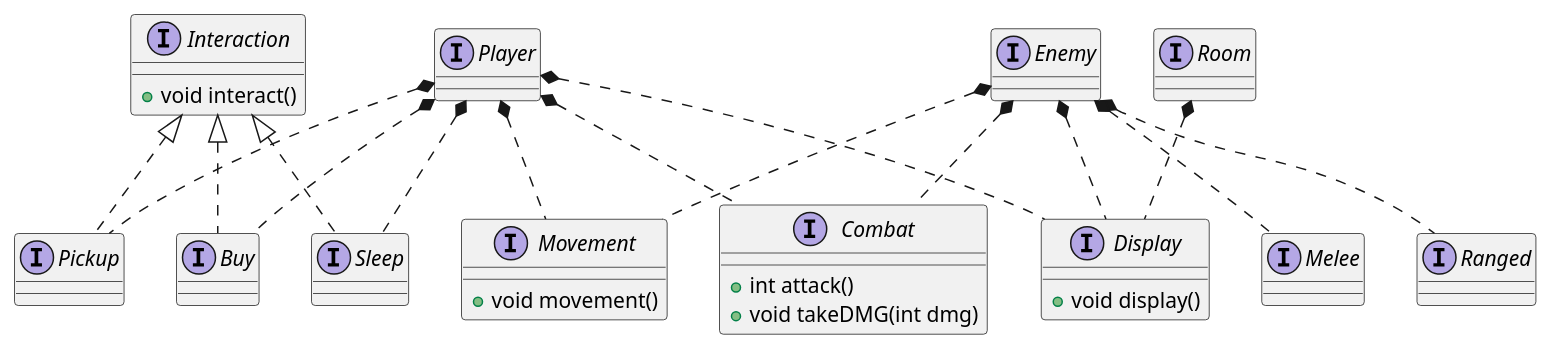
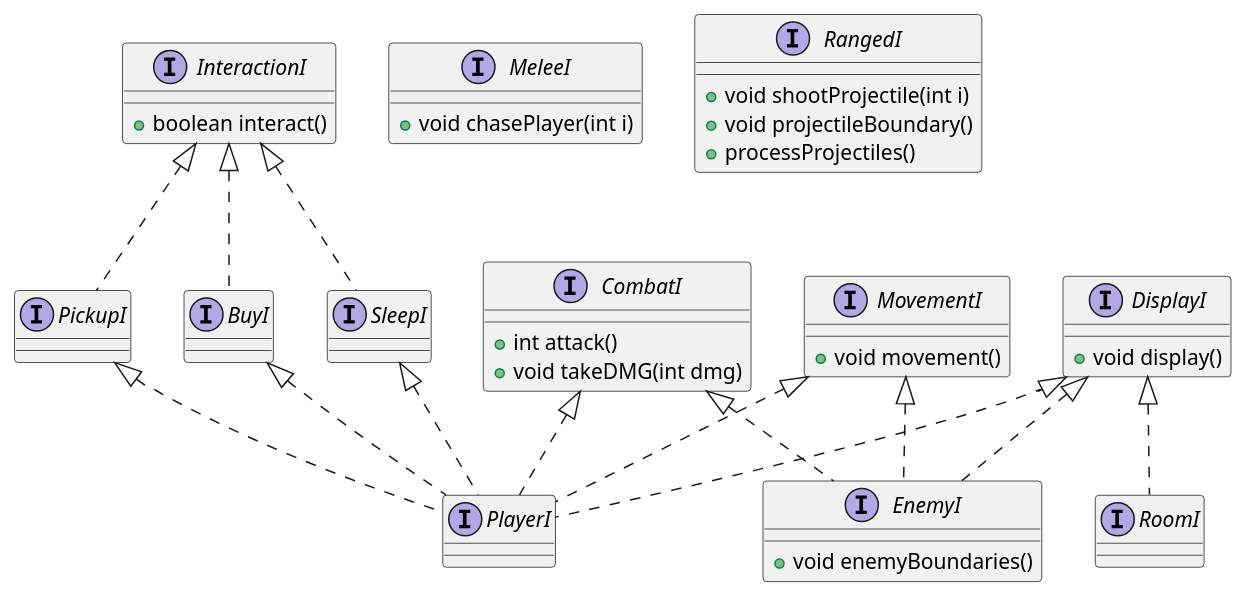
The diagram in SP4/out/production/SP4/Diagrams/Interface Diagram V2.puml (coerth/SP4), drawn with PlantUML before and after one commit. The commit also changed 6 other files, not shown here.

Commit message:
fejl i player projectile

```diff
--- a/SP4/out/production/SP4/Diagrams/Interface Diagram V2.puml
+++ b/SP4/out/production/SP4/Diagrams/Interface Diagram V2.puml
@@ -1,46 +1,54 @@
 @startuml
 'https://plantuml.com/class-diagram
 
-Interface Interaction
-Interface Pickup
-Interface Buy
-Interface Sleep
-Interface Combat
-Interface Movement
-Interface Display
-Interface Player
-Interface Room
-Interface Enemy
-Interface Melee
-Interface Pickup
-Interface Ranged
+Interface InteractionI
+Interface PickupI
+Interface BuyI
+Interface SleepI
+Interface CombatI
+Interface MovementI
+Interface DisplayI
+Interface PlayerI
+Interface RoomI
+Interface EnemyI
+Interface MeleeI
+Interface PickupI
+Interface RangedI
 
-Interaction <|.. Pickup
-Interaction <|.. Buy
-Interaction <|.. Sleep
+InteractionI <|.. PickupI
+InteractionI <|.. BuyI
+InteractionI <|.. SleepI
 
-Player *.. Combat
-Player *.. Movement
-Player *.. Display
-Player *.. Pickup
-Player *.. Buy
-Player *.. Sleep
+PickupI <|.. PlayerI
+BuyI <|.. PlayerI
+SleepI <|.. PlayerI
+CombatI <|.. PlayerI
+MovementI <|.. PlayerI
+DisplayI <|.. PlayerI
 
-Enemy *.. Combat
-Enemy *.. Movement
-Enemy *.. Display
-Enemy *.. Ranged
-Enemy *.. Melee
+CombatI <|.. EnemyI
+MovementI <|.. EnemyI
+DisplayI <|.. EnemyI
 
-Room *.. Display
 
-Interaction : + void interact()
+DisplayI <|.. RoomI
 
-Combat : + int attack()
-Combat : + void takeDMG(int dmg)
 
-Movement : + void movement()
+InteractionI : + boolean interact()
 
-Display : + void display()
+CombatI : + int attack()
+CombatI : + void takeDMG(int dmg)
+
+MovementI : + void movement()
+
+DisplayI : + void display()
+
+EnemyI : + void enemyBoundaries()
+
+MeleeI : + void chasePlayer(int i)
+
+RangedI : + void shootProjectile(int i)
+RangedI : + void projectileBoundary()
+RangedI : + processProjectiles()
 
 @enduml
```
